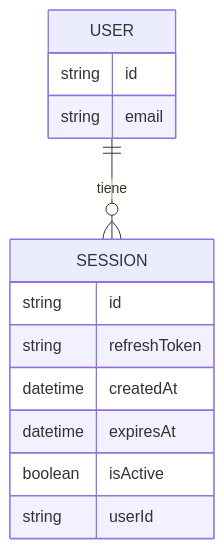
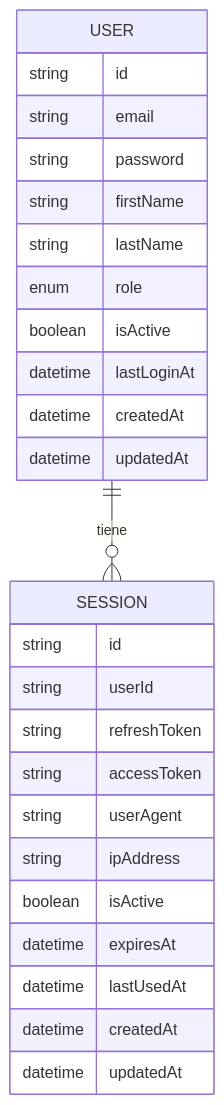
Before and after one commit to gustavodiazramirez/manejo-de-sesiones: the diagram in README.md, drawn with Mermaid.

Commit message:
docs: se actualiza el README.md para incluir nuevos campos en los modelos USER y SESSION, mejorando la documentación sobre la estructura de datos y la gestión de sesiones.

````diff
--- a/README.md
+++ b/README.md
@@ -92,16 +92,29 @@
 ```mermaid
 erDiagram
     USER ||--o{ SESSION : tiene
     USER {
       string id
       string email
+      string password
+      string firstName
+      string lastName
+      enum role
+      boolean isActive
+      datetime lastLoginAt
+      datetime createdAt
+      datetime updatedAt
     }
     SESSION {
       string id
+      string userId
       string refreshToken
+      string accessToken
+      string userAgent
+      string ipAddress
+      boolean isActive
+      datetime expiresAt
+      datetime lastUsedAt
       datetime createdAt
-      datetime expiresAt
-      boolean isActive
-      string userId
+      datetime updatedAt
     }
 ```
````
